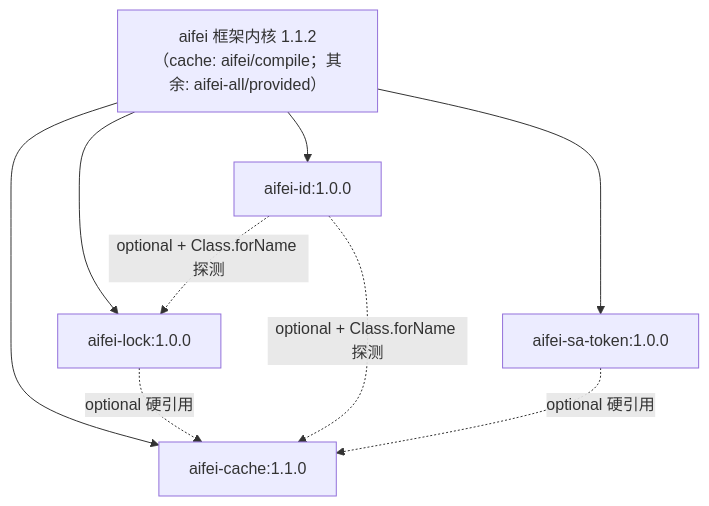
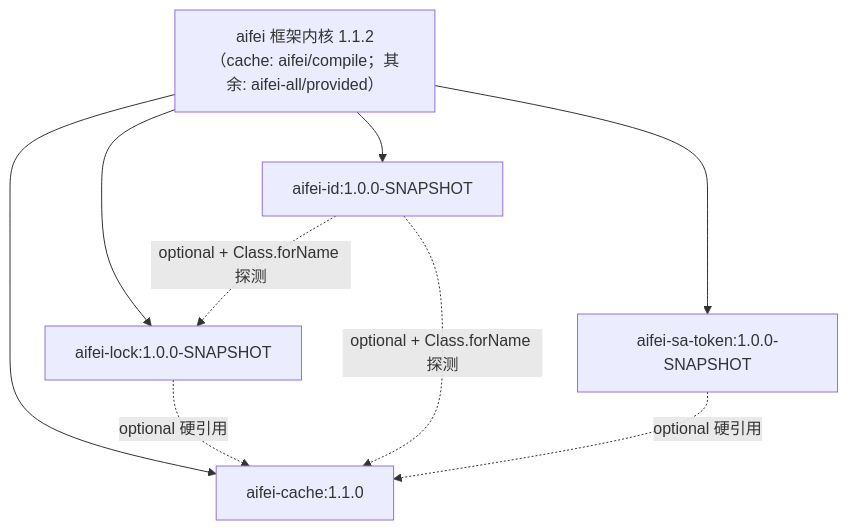
One commit to gollyhu/aifei-eco-modules changed the diagram in docs/计划/aifei-eco-modules 模块规划与排期.md. Above: the diagram before and after it, drawn with Mermaid. The commit also changed other lines of this file and 89 other files, not shown here.

Commit message:
chore: 除 aifei-cache，其它模块及 demo 版本号统一改为 1.0.0-SNAPSHOT，同步 README、设计/测试文档、AGENTS、CHANGELOG 与启动脚本中的坐标引用

````diff
--- a/docs/计划/aifei-eco-modules 模块规划与排期.md
+++ b/docs/计划/aifei-eco-modules 模块规划与排期.md
@@ -113,17 +113,17 @@
 ```mermaid
 graph TD
     KERNEL["aifei 框架内核 1.1.2（cache: aifei/compile；其余: aifei-all/provided）"]
     CACHE["aifei-cache:1.1.0"]
-    LOCK["aifei-lock:1.0.0"]
-    ID["aifei-id:1.0.0"]
-    SATOKEN["aifei-sa-token:1.0.0"]
+    LOCK["aifei-lock:1.0.0-SNAPSHOT"]
+    ID["aifei-id:1.0.0-SNAPSHOT"]
+    SATOKEN["aifei-sa-token:1.0.0-SNAPSHOT"]
 
     KERNEL --> CACHE
     KERNEL --> LOCK
     KERNEL --> ID
     KERNEL --> SATOKEN
     LOCK -. "optional 硬引用" .-> CACHE
     ID -. "optional + Class.forName 探测" .-> CACHE
     ID -. "optional + Class.forName 探测" .-> LOCK
     SATOKEN -. "optional 硬引用" .-> CACHE
 ```
````
